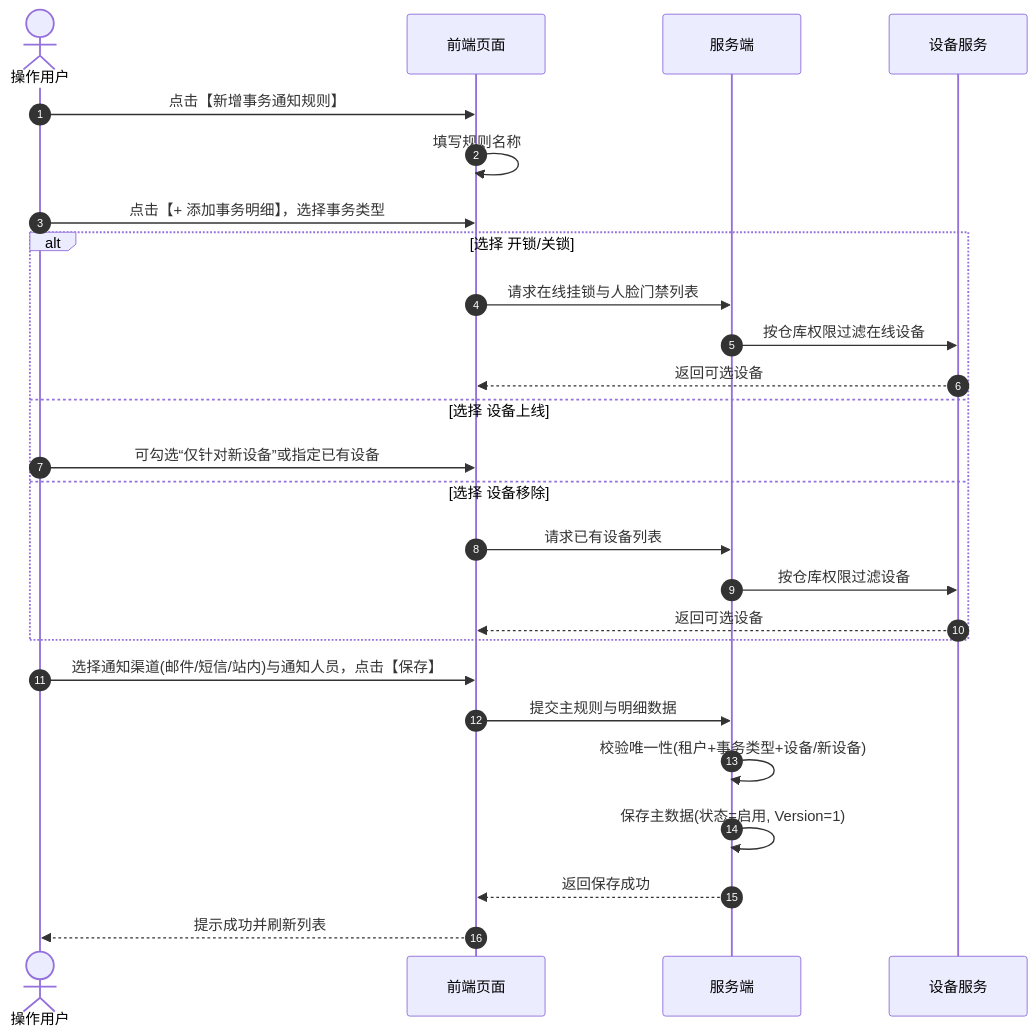
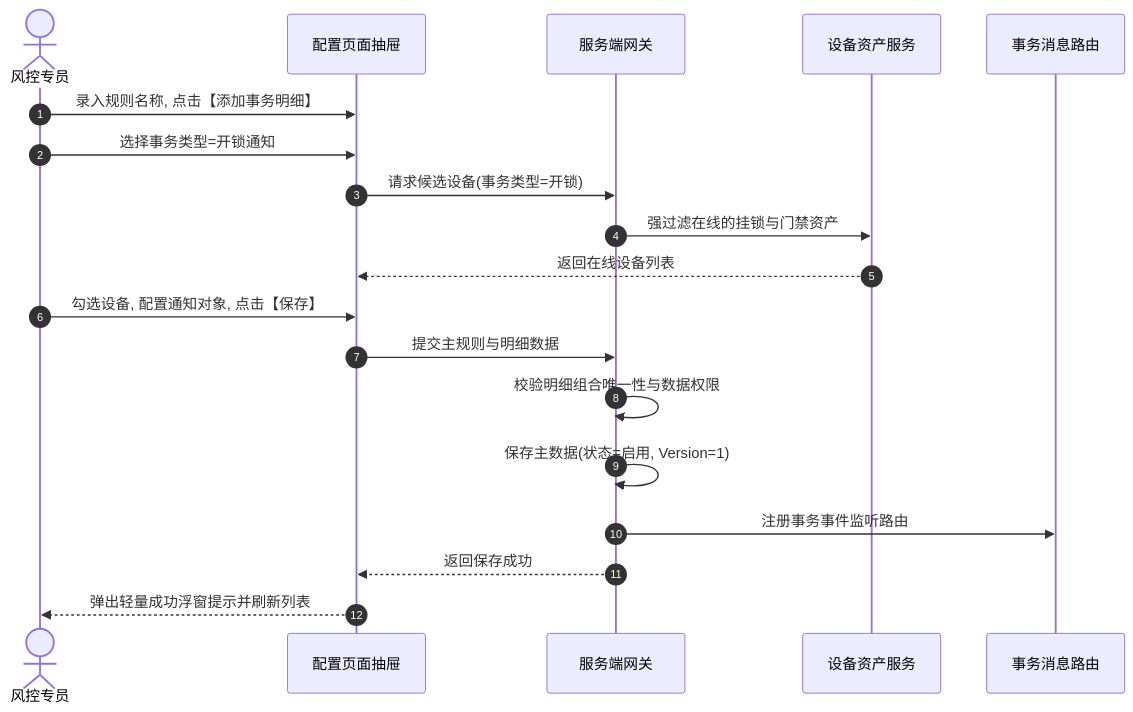
One commit to RobertHuang999/SYZC changed the diagram in 02-PRD文档/🌟🌟🌟-最新基准版/B端PC/08-配置管理/21-风险管理-设备事务通知配置/设备事务通知配置主PRD.md. Above: the diagram before and after it, drawn with Mermaid. The commit also changed other lines of this file and 264 other files, not shown here.

````diff
--- a/02-PRD文档/🌟🌟🌟-最新基准版/B端PC/08-配置管理/21-风险管理-设备事务通知配置/设备事务通知配置主PRD.md
+++ b/02-PRD文档/🌟🌟🌟-最新基准版/B端PC/08-配置管理/21-风险管理-设备事务通知配置/设备事务通知配置主PRD.md
@@ -92,29 +82,22 @@
 ```mermaid
 sequenceDiagram
     autonumber
-    actor User as 操作用户
-    participant FE as 前端页面
-    participant API as 服务端
-    participant DEV as 设备服务
+    actor User as 风控专员
+    participant FE as 配置页面抽屉
+    participant API as 服务端网关
+    participant DEV as 设备资产服务
+    participant MQ as 事务消息路由
 
-    User->>FE: 点击【新增事务通知规则】
-    FE->>FE: 填写规则名称
-    User->>FE: 点击【+ 添加事务明细】，选择事务类型
-    alt 选择 开锁/关锁
-        FE->>API: 请求在线挂锁与人脸门禁列表
-        API->>DEV: 按仓库权限过滤在线设备
-        DEV-->>FE: 返回可选设备
-    else 选择 设备上线
-        User->>FE: 可勾选“仅针对新设备”或指定已有设备
-    else 选择 设备移除
-        FE->>API: 请求已有设备列表
-        API->>DEV: 按仓库权限过滤设备
-        DEV-->>FE: 返回可选设备
-    end
-    User->>FE: 选择通知渠道(邮件/短信/站内)与通知人员，点击【保存】
+    User->>FE: 录入规则名称, 点击【添加事务明细】
+    User->>FE: 选择事务类型=开锁通知
+    FE->>API: 请求候选设备(事务类型=开锁)
+    API->>DEV: 强过滤在线的挂锁与门禁资产
+    DEV-->>FE: 返回在线设备列表
+    User->>FE: 勾选设备, 配置通知对象, 点击【保存】
     FE->>API: 提交主规则与明细数据
-    API->>API: 校验唯一性(租户+事务类型+设备/新设备)
+    API->>API: 校验明细组合唯一性与数据权限
     API->>API: 保存主数据(状态=启用, Version=1)
+    API->>MQ: 注册事务事件监听路由
     API-->>FE: 返回保存成功
-    FE-->>User: 提示成功并刷新列表
+    FE-->>User: 弹出轻量成功浮窗提示并刷新列表
 ```
````
